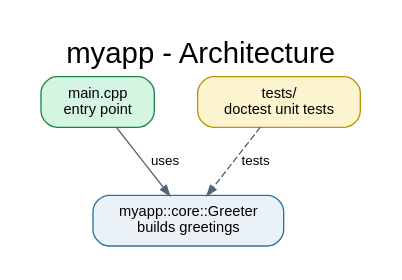
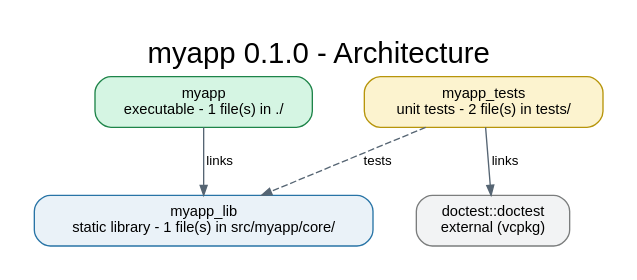
The diagram in diagrams/architecture.dot (dr3mro/cpp-template), drawn with Graphviz before and after one commit. The commit also changed 18 other files, not shown here.

First line of the commit message:
refactor: split CMake logic into modules and make the target subproject-safe

```diff
--- a/diagrams/architecture.dot
+++ b/diagrams/architecture.dot
@@ -1,15 +1,18 @@
-// Rendered to architecture.png by `cmake --build --preset release --target diagrams`.
+// Generated by cmake/ArchitectureDiagram.cmake - do not edit by hand.
+// Regenerate with: cmake --preset debug
 digraph Architecture {
     graph [bgcolor="white", fontname="Helvetica", rankdir=TB, nodesep=0.45, ranksep=0.55, pad=0.25,
-           labelloc="t", label="myapp - Architecture", fontsize=22];
+           labelloc="t", label="myapp 0.1.0 - Architecture", fontsize=22];
     node  [shape=box, style="rounded,filled", fillcolor="#EAF2F8", color="#2874A6",
            fontname="Helvetica", fontsize=11, margin="0.16,0.10"];
     edge  [color="#566573", fontname="Helvetica", fontsize=10, arrowsize=0.75];
 
-    main    [label="main.cpp\nentry point", fillcolor="#D5F5E3", color="#1E8449"];
-    greeter [label="myapp::core::Greeter\nbuilds greetings"];
-    tests   [label="tests/\ndoctest unit tests", fillcolor="#FCF3CF", color="#B7950B"];
+    n_myapp_lib [label="myapp_lib\nstatic library - 1 file(s) in src/myapp/core/"];
+    n_myapp [label="myapp\nexecutable - 1 file(s) in ./", fillcolor="#D5F5E3", color="#1E8449"];
+    n_myapp_tests [label="myapp_tests\nunit tests - 2 file(s) in tests/", fillcolor="#FCF3CF", color="#B7950B"];
+    n_doctest__doctest [label="doctest::doctest\nexternal (vcpkg)", fillcolor="#F2F3F4", color="#7B7D7D"];
 
-    main  -> greeter [label="uses"];
-    tests -> greeter [label="tests", style=dashed];
+    n_myapp -> n_myapp_lib [label="links"];
+    n_myapp_tests -> n_myapp_lib [label="tests", style=dashed];
+    n_myapp_tests -> n_doctest__doctest [label="links"];
 }
```
